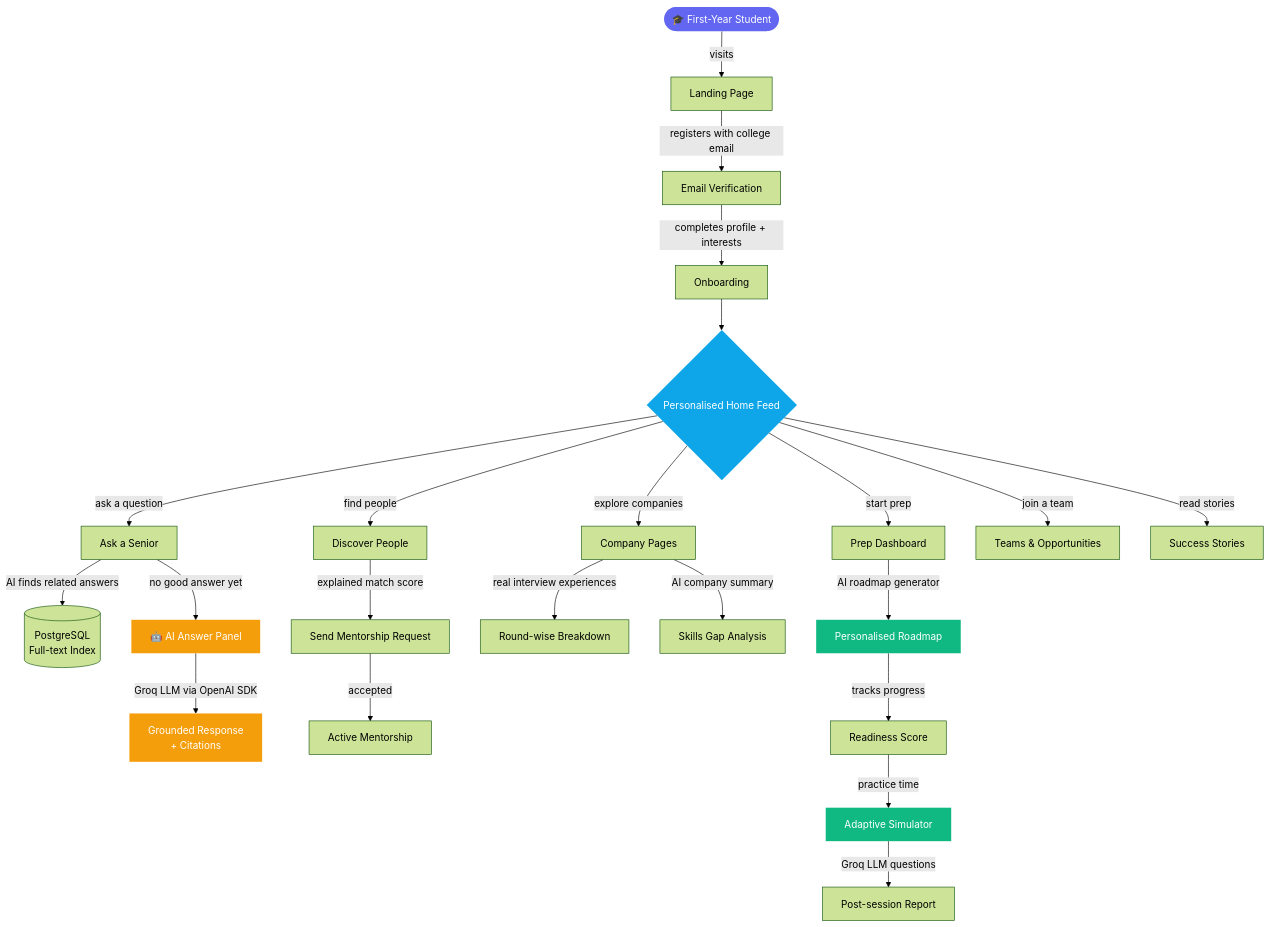
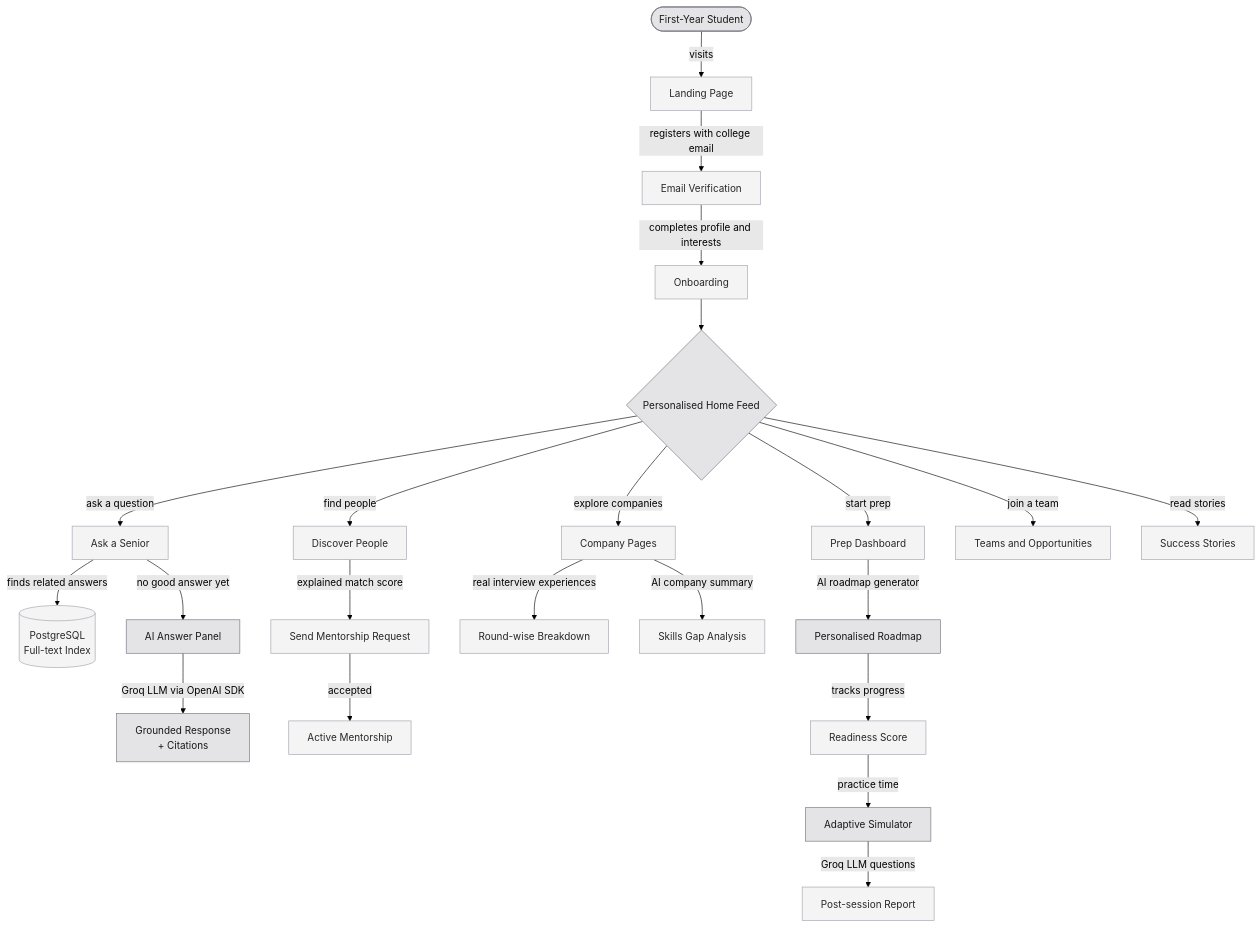
Before and after one commit to prajwal-priyadarshan/CrossRoads: the first of 4 diagrams in README.md, drawn with Mermaid (forest theme). The commit also changed other lines of this file and 1 other file, not shown here.

Commit message:
docs: add architecture workflow diagram and expand README with comprehensive project documentation

````diff
--- a/README.md
+++ b/README.md
@@ -10,36 +93,33 @@
 ```mermaid
 flowchart TD
-    A([🎓 First-Year Student]) -->|visits| B[Landing Page]
+    A(["First-Year Student"]) -->|visits| B[Landing Page]
     B -->|registers with college email| C[Email Verification]
-    C -->|completes profile + interests| D[Onboarding]
+    C -->|completes profile and interests| D[Onboarding]
     D --> E{Personalised Home Feed}
 
     E -->|ask a question| F[Ask a Senior]
     E -->|find people| G[Discover People]
     E -->|explore companies| H[Company Pages]
     E -->|start prep| I[Prep Dashboard]
-    E -->|join a team| J[Teams & Opportunities]
+    E -->|join a team| J[Teams and Opportunities]
     E -->|read stories| K[Success Stories]
 
-    F -->|AI finds related answers| L[(PostgreSQL\nFull-text Index)]
-    F -->|no good answer yet| M[🤖 AI Answer Panel]
-    M -->|Groq LLM via OpenAI SDK| N[Grounded Response\n+ Citations]
+    F -->|finds related answers| L[("PostgreSQL\nFull-text Index")]
+    F -->|no good answer yet| M[AI Answer Panel]
+    M -->|Groq LLM via OpenAI SDK| N["Grounded Response\n+ Citations"]
 
     G -->|explained match score| O[Send Mentorship Request]
     O -->|accepted| P[Active Mentorship]
 
     H -->|real interview experiences| Q[Round-wise Breakdown]
     H -->|AI company summary| R[Skills Gap Analysis]
 
     I -->|AI roadmap generator| S[Personalised Roadmap]
     S -->|tracks progress| T[Readiness Score]
     T -->|practice time| U[Adaptive Simulator]
     U -->|Groq LLM questions| V[Post-session Report]
 
-    style A fill:#6366f1,color:#fff,stroke:none
-    style E fill:#0ea5e9,color:#fff,stroke:none
-    style M fill:#f59e0b,color:#fff,stroke:none
-    style N fill:#f59e0b,color:#fff,stroke:none
-    style S fill:#10b981,color:#fff,stroke:none
-    style U fill:#10b981,color:#fff,stroke:none
+    classDef default fill:#f4f4f5,stroke:#a1a1aa,color:#27272a;
+    classDef accent fill:#e4e4e7,stroke:#71717a,color:#18181b;
+    class A,E,M,N,S,U accent;
 ```
````
